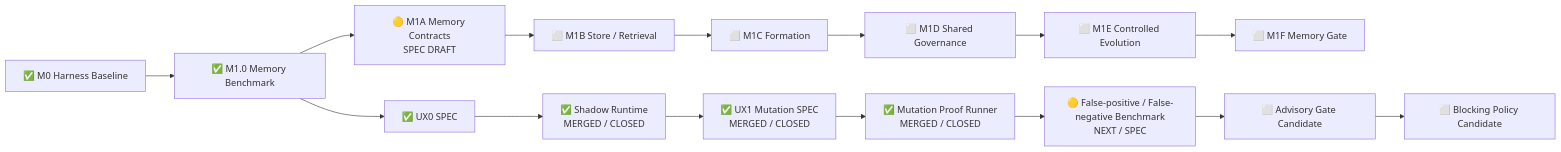
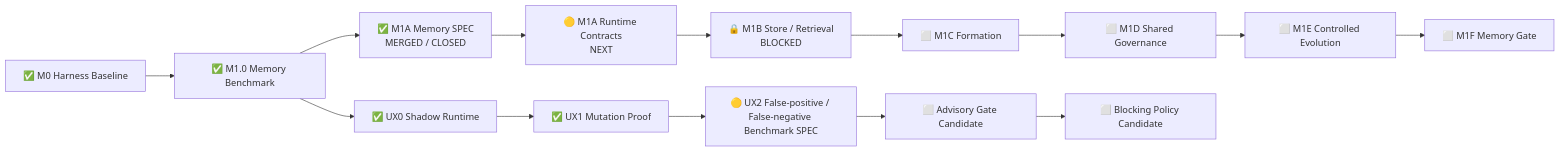
One commit to lsq1030757028/Pytest-playwright-e2e changed the diagram in docs/implementation-status.md. Above: the diagram before and after it, drawn with Mermaid. The commit also changed other lines of this file and 8 other files, not shown here.

First line of the commit message:
Close M1A Memory Contracts and Namespaces SPEC delivery (#42)

````diff
--- a/docs/implementation-status.md
+++ b/docs/implementation-status.md
@@ -56,19 +52,18 @@
 ```mermaid
 flowchart LR
     A[✅ M0 Harness Baseline]
     --> B[✅ M1.0 Memory Benchmark]
-    --> C[🟡 M1A Memory Contracts<br/>SPEC DRAFT]
-    --> D[⬜ M1B Store / Retrieval]
-    --> E[⬜ M1C Formation]
-    --> F[⬜ M1D Shared Governance]
-    --> G[⬜ M1E Controlled Evolution]
-    --> H[⬜ M1F Memory Gate]
+    --> C[✅ M1A Memory SPEC<br/>MERGED / CLOSED]
+    --> D[🟡 M1A Runtime Contracts<br/>NEXT]
+    --> E[🔒 M1B Store / Retrieval<br/>BLOCKED]
+    --> F[⬜ M1C Formation]
+    --> G[⬜ M1D Shared Governance]
+    --> H[⬜ M1E Controlled Evolution]
+    --> I[⬜ M1F Memory Gate]
 
-    B --> U1[✅ UX0 SPEC]
-    U1 --> U2[✅ Shadow Runtime<br/>MERGED / CLOSED]
-    U2 --> U3[✅ UX1 Mutation SPEC<br/>MERGED / CLOSED]
-    U3 --> U4[✅ Mutation Proof Runner<br/>MERGED / CLOSED]
-    U4 --> U5[🟡 False-positive / False-negative Benchmark<br/>NEXT / SPEC]
-    U5 --> U6[⬜ Advisory Gate Candidate]
-    U6 --> U7[⬜ Blocking Policy Candidate]
+    B --> U1[✅ UX0 Shadow Runtime]
+    U1 --> U2[✅ UX1 Mutation Proof]
+    U2 --> U3[🟡 UX2 False-positive / False-negative Benchmark SPEC]
+    U3 --> U4[⬜ Advisory Gate Candidate]
+    U4 --> U5[⬜ Blocking Policy Candidate]
 ```
````
